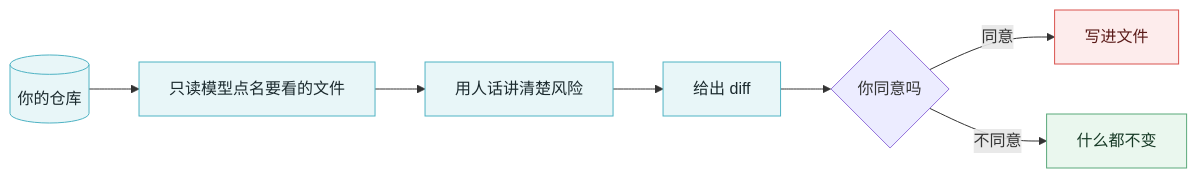
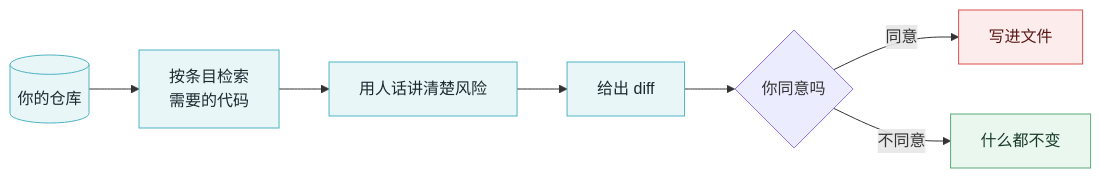
One commit to lindenthomaslin/vibeguard changed the diagram in README.zh-CN.md. Above: the diagram before and after it, drawn with Mermaid. The commit also changed other lines of this file and 3 other files, not shown here.

````diff
--- a/README.zh-CN.md
+++ b/README.zh-CN.md
@@ -41,16 +41,16 @@
 ```mermaid
 flowchart LR
-    A[("你的仓库")] --> B["只读模型点名要看的文件"]
+    A[("你的仓库")] --> B["按条目检索<br/>需要的代码"]
     B --> C["用人话讲清楚风险"]
     C --> D["给出 diff"]
     D --> E{"你同意吗"}
     E -->|同意| F["写进文件"]
     E -->|不同意| G["什么都不变"]
 
     classDef read fill:#E8F6F8,stroke:#4FB3C4,color:#1B2A2E
     classDef write fill:#FDECEC,stroke:#D9534F,color:#5A1A18
     classDef ok fill:#EAF7EE,stroke:#5AA97A,color:#173A26
     class A,B,C,D read
     class F write
     class G ok
 ```
````
